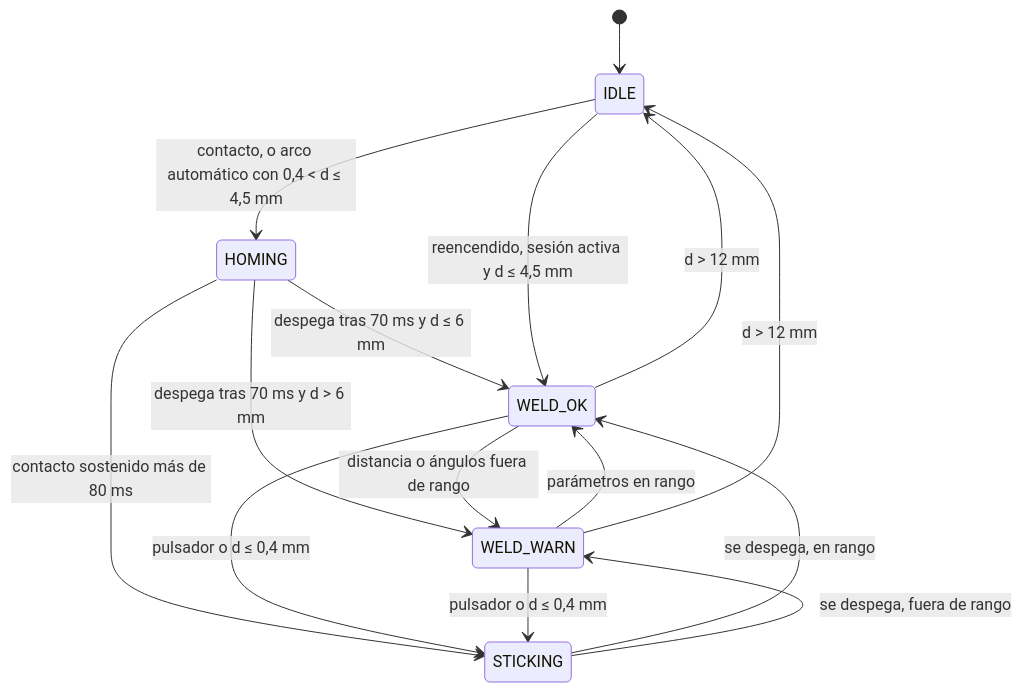
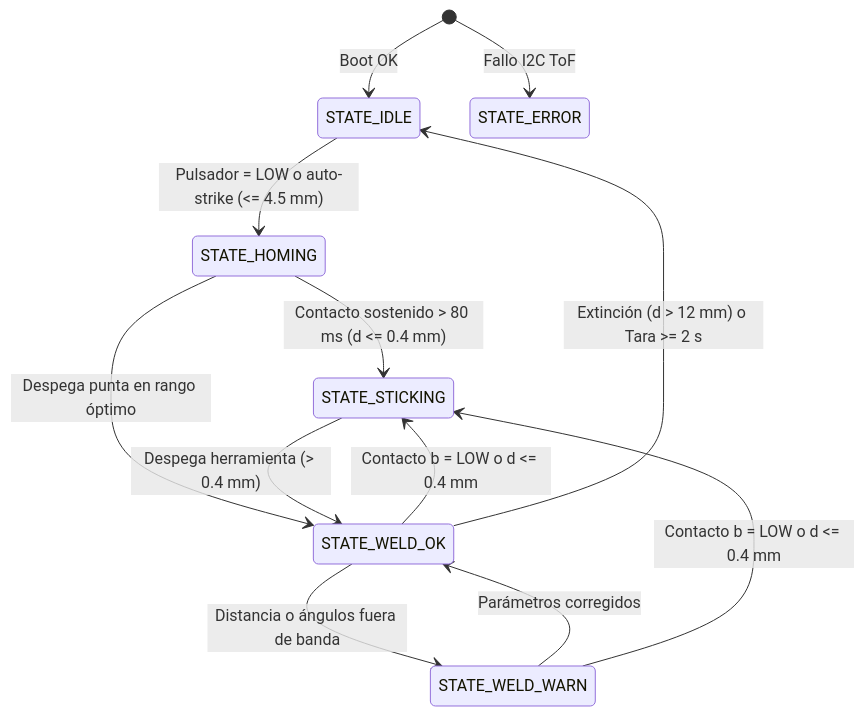
Before and after one commit to lucho-albanez/Trabajo_integrador_RV: the third of 4 diagrams in informe_tecnico.md, drawn with Mermaid. The commit also changed other lines of this file and 59 other files, not shown here.

````diff
--- a/informe_tecnico.md
+++ b/informe_tecnico.md
@@ -535,17 +206,14 @@
 ```mermaid
 stateDiagram-v2
-    [*] --> IDLE
-    IDLE --> HOMING: contacto, o arco automático con 0,4 < d ≤ 4,5 mm
-    HOMING --> WELD_OK: despega tras 70 ms y d ≤ 6 mm
-    HOMING --> WELD_WARN: despega tras 70 ms y d > 6 mm
-    HOMING --> STICKING: contacto sostenido más de 80 ms
-    WELD_OK --> WELD_WARN: distancia o ángulos fuera de rango
-    WELD_WARN --> WELD_OK: parámetros en rango
-    WELD_OK --> STICKING: pulsador o d ≤ 0,4 mm
-    WELD_WARN --> STICKING: pulsador o d ≤ 0,4 mm
-    STICKING --> WELD_OK: se despega, en rango
-    STICKING --> WELD_WARN: se despega, fuera de rango
-    WELD_OK --> IDLE: d > 12 mm
-    WELD_WARN --> IDLE: d > 12 mm
-    IDLE --> WELD_OK: reencendido, sesión activa y d ≤ 4,5 mm
+    [*] --> STATE_IDLE: Boot OK
+    [*] --> STATE_ERROR: Fallo I2C ToF
+    STATE_IDLE --> STATE_HOMING: Pulsador = LOW o auto-strike (<= 4.5 mm)
+    STATE_HOMING --> STATE_STICKING: Contacto sostenido > 80 ms (d <= 0.4 mm)
+    STATE_HOMING --> STATE_WELD_OK: Despega punta en rango óptimo
+    STATE_WELD_OK --> STATE_WELD_WARN: Distancia o ángulos fuera de banda
+    STATE_WELD_WARN --> STATE_WELD_OK: Parámetros corregidos
+    STATE_WELD_OK --> STATE_STICKING: Contacto b = LOW o d <= 0.4 mm
+    STATE_WELD_WARN --> STATE_STICKING: Contacto b = LOW o d <= 0.4 mm
+    STATE_STICKING --> STATE_WELD_OK: Despega herramienta (> 0.4 mm)
+    STATE_WELD_OK --> STATE_IDLE: Extinción (d > 12 mm) o Tara >= 2 s
 ```
````
